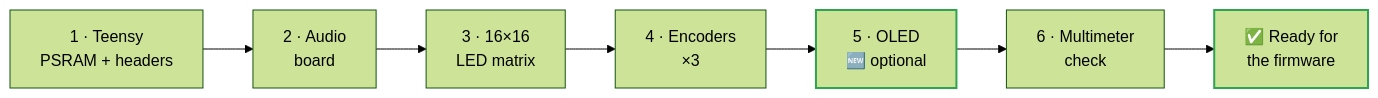
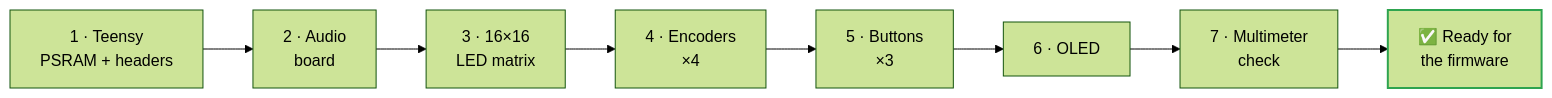
The first of 2 diagrams in BUILD_MANUAL.md (luigismith/ichosynth), drawn with Mermaid (forest theme) before and after one commit. The commit also changed other lines of this file and 17 other files, not shown here.

````diff
--- a/BUILD_MANUAL.md
+++ b/BUILD_MANUAL.md
@@ -199,11 +201,11 @@
 ```mermaid
 flowchart LR
     F1["1 · Teensy<br/>PSRAM + headers"] --> F2["2 · Audio<br/>board"]
     F2 --> F3["3 · 16×16<br/>LED matrix"]
-    F3 --> F4["4 · Encoders<br/>×3"]
-    F4 --> F5["5 · OLED<br/>🆕 optional"]
-    F5 --> F6["6 · Multimeter<br/>check"]
-    F6 --> OK["✅ Ready for<br/>the firmware"]
-    style F5 stroke:#2ea44f,stroke-width:2px
+    F3 --> F4["4 · Encoders<br/>×4"]
+    F4 --> F5["5 · Buttons<br/>×3"]
+    F5 --> F6["6 · OLED"]
+    F6 --> F7["7 · Multimeter<br/>check"]
+    F7 --> OK["✅ Ready for<br/>the firmware"]
     style OK stroke:#2ea44f,stroke-width:2px
 ```
````
